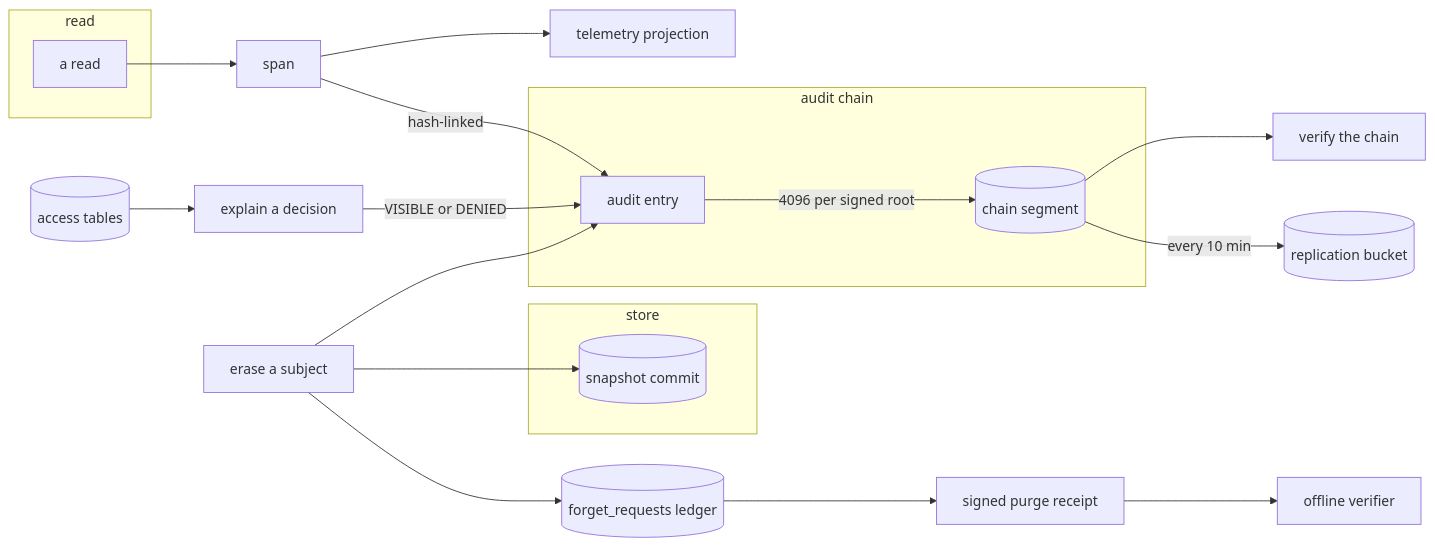
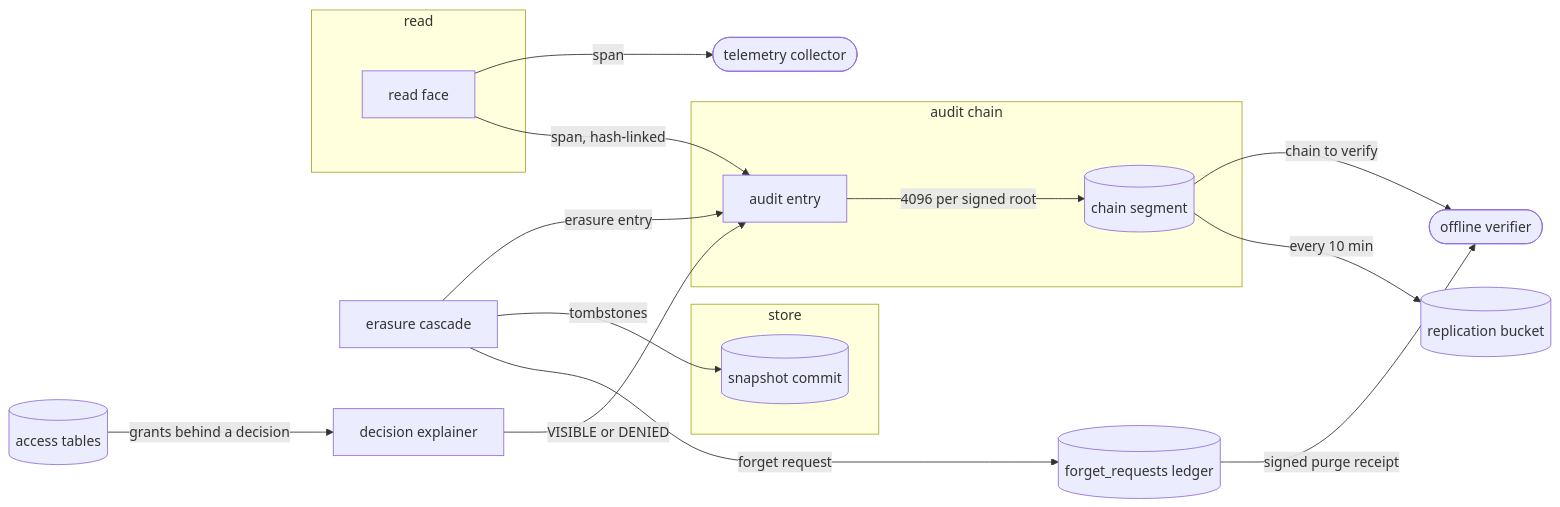
The first of 5 diagrams in spec/62-accountability.md (fractalboxdev/contextful), drawn with Mermaid before and after one commit. The commit also changed other lines of this file and 31 other files, not shown here.

First line of the commit message:
spec: every diagram draws things as nodes and what flows as labelled edges

````diff
--- a/spec/62-accountability.md
+++ b/spec/62-accountability.md
@@ -21,36 +21,31 @@
 ```mermaid
 flowchart LR
   subgraph READ["read"]
-    RD["a read"]
+    RD["read face"]
   end
   subgraph CHAIN["audit chain"]
     ENTRY["audit entry"]
     SEG[("chain segment")]
   end
   subgraph STORE["store"]
     SNAP[("snapshot commit")]
   end
-  SPAN["span"]
-  TEL["telemetry projection"]
+  TEL(["telemetry collector"])
   BKT[("replication bucket")]
-  VER["verify the chain"]
+  VER(["offline verifier"])
   ACC[("access tables")]
-  EXPL["explain a decision"]
-  FORGET["erase a subject"]
+  EXPLAINER["decision explainer"]
+  ERASER["erasure cascade"]
   LEDGER[("forget_requests ledger")]
-  RCPT["signed purge receipt"]
-  AUDITOR["offline verifier"]
-  RD --> SPAN
-  SPAN -- "hash-linked" --> ENTRY
-  SPAN --> TEL
-  ENTRY -- "4096 per signed root" --> SEG
-  SEG -- "every 10 min" --> BKT
-  SEG --> VER
-  ACC --> EXPL
-  EXPL -- "VISIBLE or DENIED" --> ENTRY
-  FORGET --> LEDGER
-  FORGET --> SNAP
-  FORGET --> ENTRY
-  LEDGER --> RCPT
-  RCPT --> AUDITOR
+  RD -->|"span, hash-linked"| ENTRY
+  RD -->|"span"| TEL
+  ENTRY -->|"4096 per signed root"| SEG
+  SEG -->|"every 10 min"| BKT
+  SEG -->|"chain to verify"| VER
+  ACC -->|"grants behind a decision"| EXPLAINER
+  EXPLAINER -->|"VISIBLE or DENIED"| ENTRY
+  ERASER -->|"forget request"| LEDGER
+  ERASER -->|"tombstones"| SNAP
+  ERASER -->|"erasure entry"| ENTRY
+  LEDGER -->|"signed purge receipt"| VER
 ```
````
